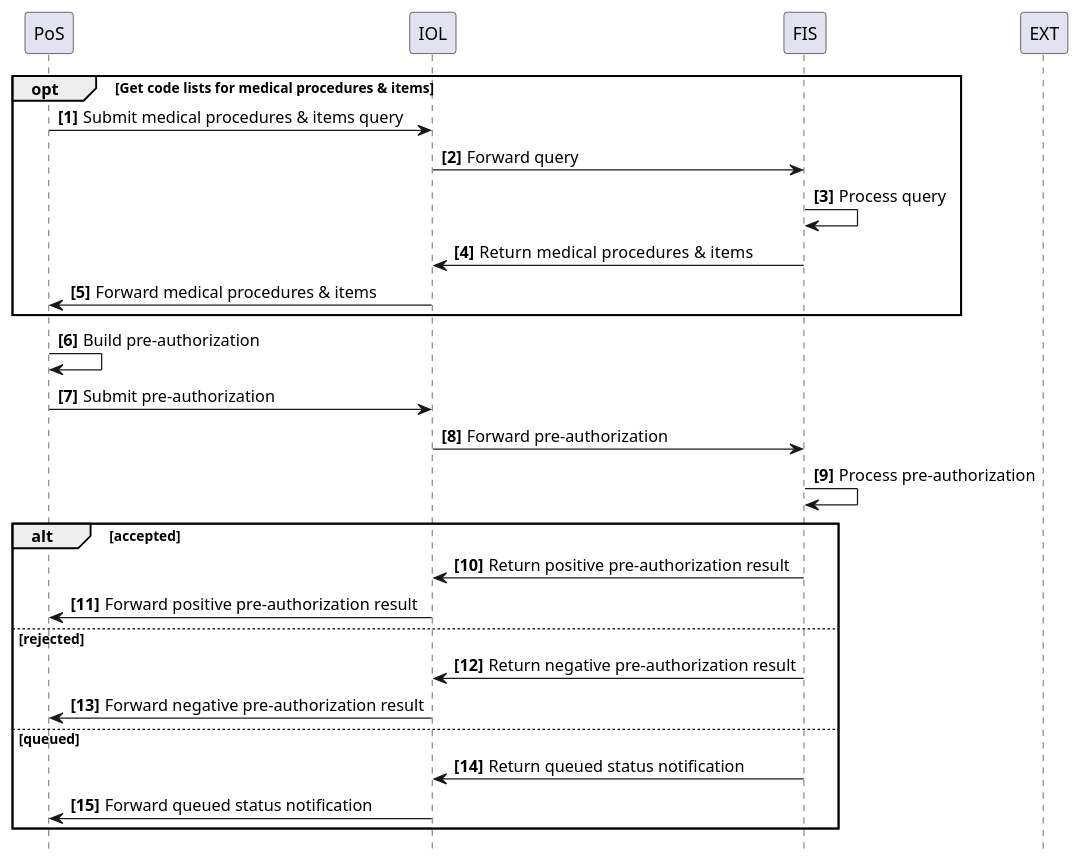
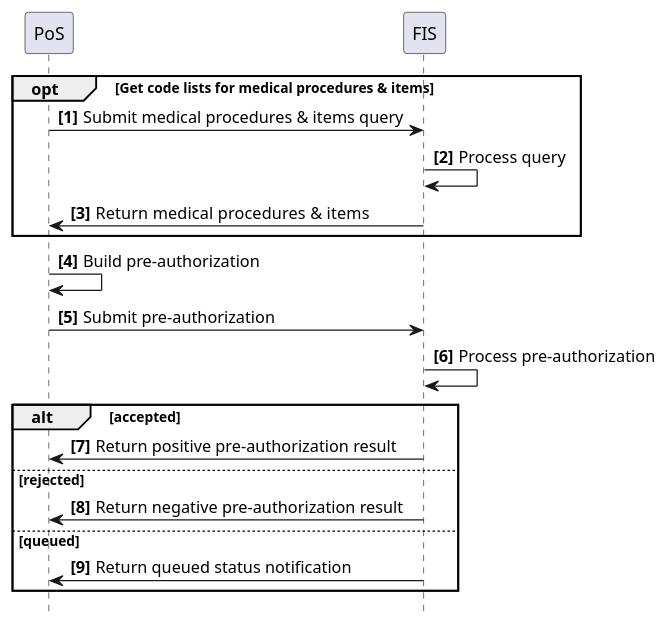
One commit to IHE/ITI.Finance changed the diagram in input/images-source/usecase6-processflow.plantuml. Above: the diagram before and after it, drawn with PlantUML. The commit also changed 7 other files, not shown here.

Commit message:
Removed IOL (mediator layer) from use cases and diagrams as it's not needed for the use cases.

```diff
--- a/input/images-source/usecase6-processflow.plantuml
+++ b/input/images-source/usecase6-processflow.plantuml
@@ -1,37 +1,29 @@
 @startuml
 skinparam svgDimensionStyle false
 hide footbox
 autonumber "<b>[0]"
 
 participant PoS
-participant IOL
 participant FIS
-participant EXT
 
 
 opt Get code lists for medical procedures & items
-	PoS -> IOL: Submit medical procedures & items query
-	IOL -> FIS: Forward query
+	PoS -> FIS: Submit medical procedures & items query
 	FIS -> FIS: Process query
-	FIS -> IOL: Return  medical procedures & items
-	IOL -> PoS: Forward medical procedures & items
+	FIS -> PoS: Return  medical procedures & items
 end opt
  
 
 PoS -> PoS: Build pre-authorization
-PoS -> IOL: Submit pre-authorization
-IOL -> FIS: Forward pre-authorization
+PoS -> FIS: Submit pre-authorization
 FIS -> FIS: Process pre-authorization
 
 alt accepted
-	FIS -> IOL: Return positive pre-authorization result
-	IOL -> PoS: Forward positive pre-authorization result
+	FIS -> PoS: Return positive pre-authorization result
 else rejected
-	FIS -> IOL: Return negative pre-authorization result
-	IOL -> PoS: Forward negative pre-authorization result
+	FIS -> PoS: Return negative pre-authorization result
 else queued
-	FIS -> IOL: Return queued status notification
-	IOL -> PoS: Forward queued status notification
+	FIS -> PoS: Return queued status notification
 end
 
 @enduml
```
